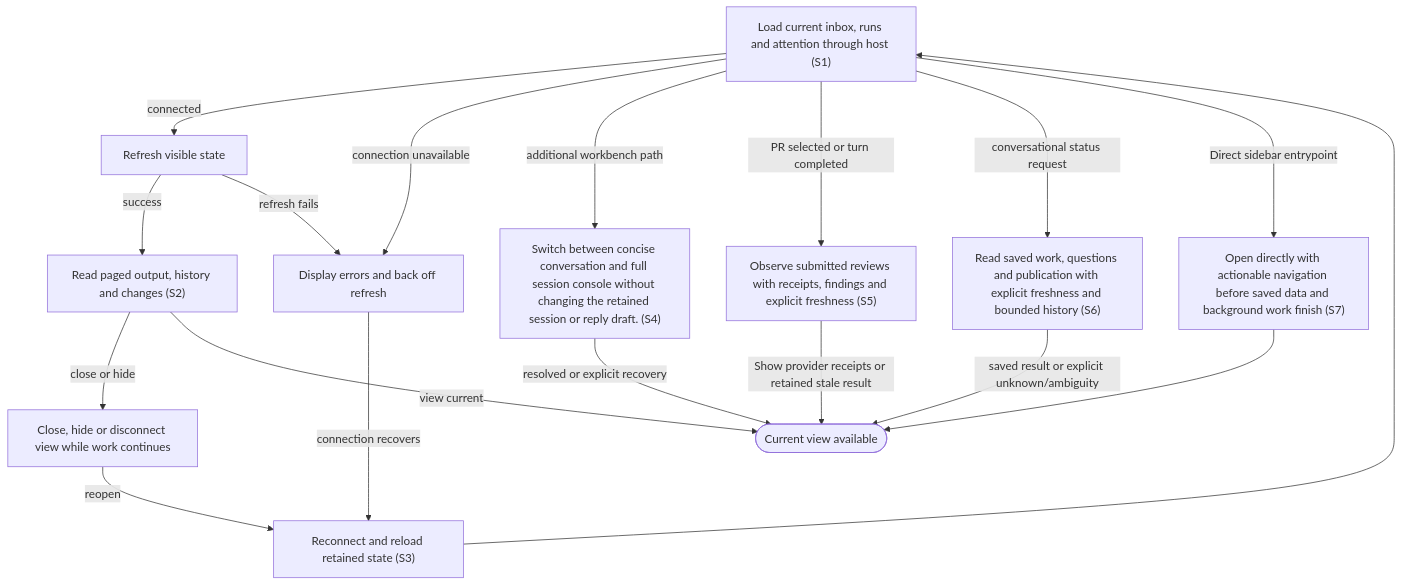
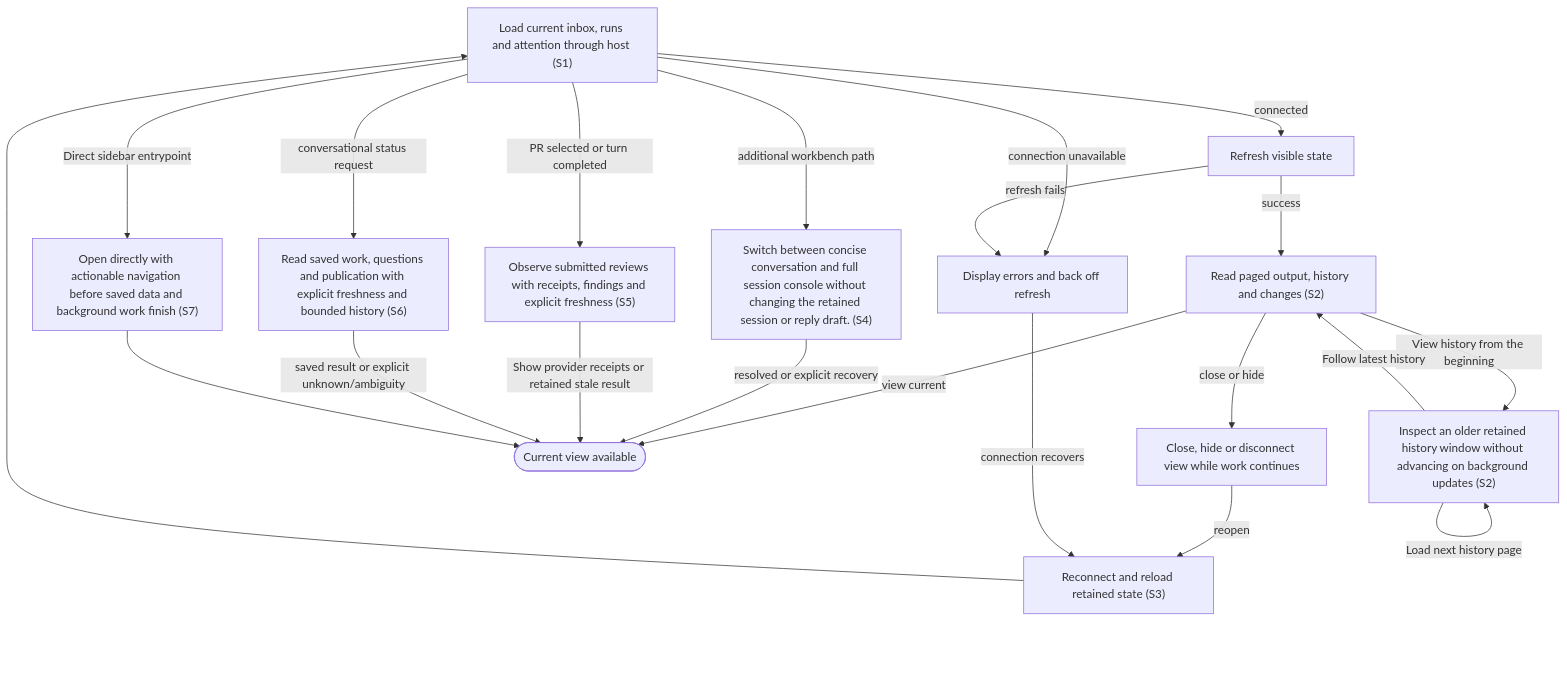
Before and after one commit to dk-code-factory/code-factory-plugin: the diagram in docs/user-flows/view-live-work.md, drawn with Mermaid. The commit also changed other lines of this file and 41 other files, not shown here.

````diff
--- a/docs/user-flows/view-live-work.md
+++ b/docs/user-flows/view-live-work.md
@@ -54,31 +54,35 @@
 ```mermaid
 flowchart TD
     N0["Load current inbox, runs and attention through host #40;S1#41;"]
     N1["Refresh visible state"]
     N2["Read paged output, history and changes #40;S2#41;"]
     N3["Close, hide or disconnect view while work continues"]
     N4["Display errors and back off refresh"]
     N5["Reconnect and reload retained state #40;S3#41;"]
     N6(["Current view available"])
     N7["Switch between concise conversation and full session console without changing the retained session or reply draft. #40;S4#41;"]
     N8["Observe submitted reviews with receipts, findings and explicit freshness #40;S5#41;"]
     N9["Read saved work, questions and publication with explicit freshness and bounded history #40;S6#41;"]
     N10["Open directly with actionable navigation before saved data and background work finish #40;S7#41;"]
+    N11["Inspect an older retained history window without advancing on background updates #40;S2#41;"]
     N0 -->|"connected"| N1
     N0 -->|"connection unavailable"| N4
     N1 -->|"success"| N2
     N1 -->|"refresh fails"| N4
     N2 -->|"close or hide"| N3
     N3 -->|"reopen"| N5
     N4 -->|"connection recovers"| N5
     N5 --> N0
     N2 -->|"view current"| N6
     N0 -->|"additional workbench path"| N7
     N7 -->|"resolved or explicit recovery"| N6
     N0 -->|"PR selected or turn completed"| N8
     N8 -->|"Show provider receipts or retained stale result"| N6
     N0 -->|"conversational status request"| N9
     N9 -->|"saved result or explicit unknown/ambiguity"| N6
     N0 -->|"Direct sidebar entrypoint"| N10
     N10 --> N6
+    N2 -->|"View history from the beginning"| N11
+    N11 -->|"Load next history page"| N11
+    N11 -->|"Follow latest history"| N2
 ```
````
